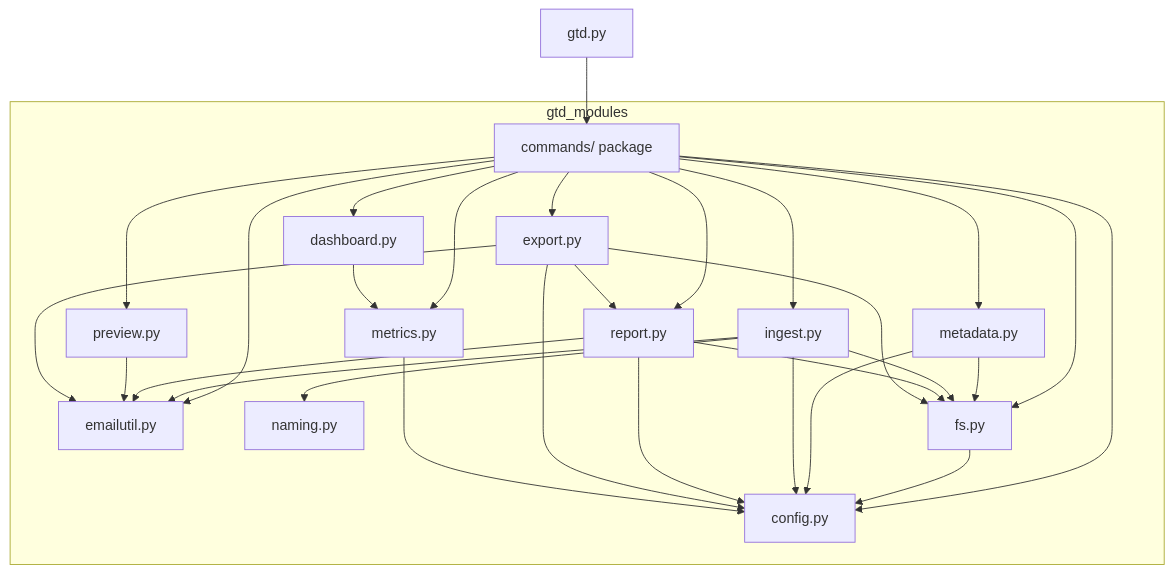
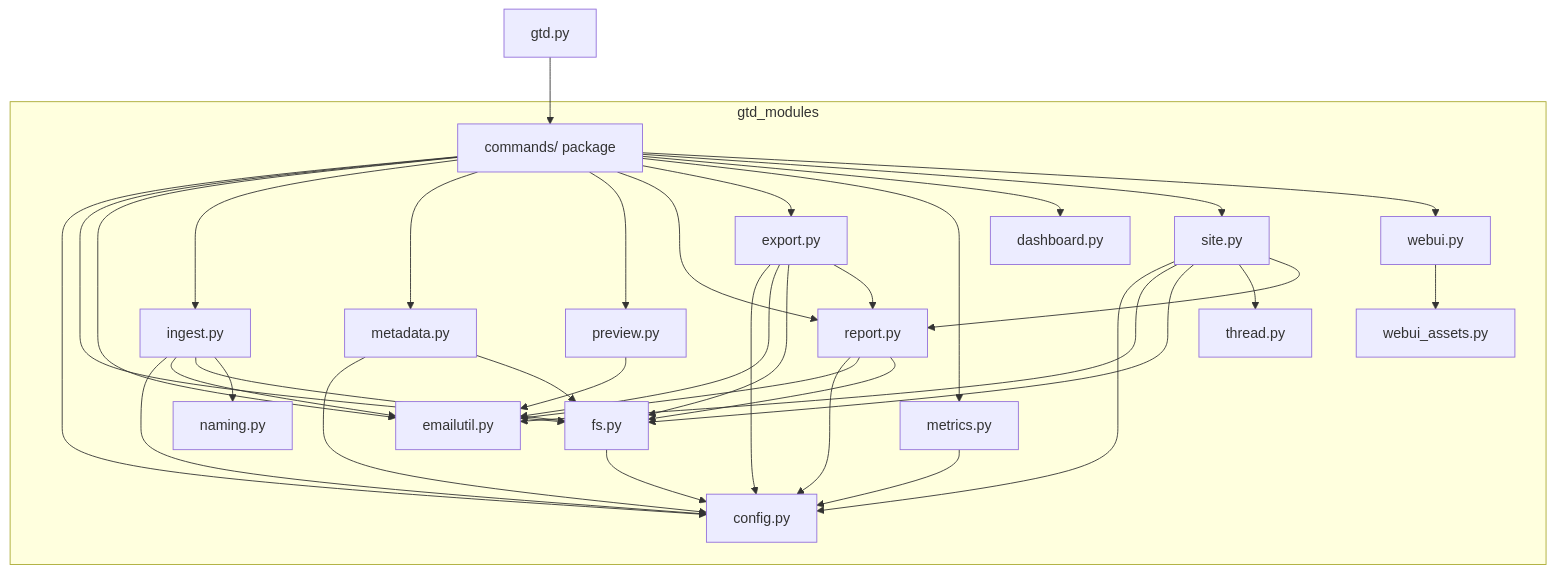
The diagram in commandline/MAINTENANCE.md (qdvc-apps/qdvc-gtd-eml), drawn with Mermaid before and after one commit. The commit also changed other lines of this file and 12 other files, not shown here.

First line of the commit message:
[AI-assisted] [feat] Generate a static report website instead of a single dashboard file

````diff
--- a/commandline/MAINTENANCE.md
+++ b/commandline/MAINTENANCE.md
@@ -129,57 +133,71 @@
 ```mermaid
 graph TD
     gtd[gtd.py]
 
     subgraph gtd_modules
         commands[commands/ package]
         config[config.py]
         emailutil[emailutil.py]
         naming[naming.py]
         fs[fs.py]
         metadata[metadata.py]
         ingest[ingest.py]
         report[report.py]
         export[export.py]
         metrics[metrics.py]
+        thread[thread.py]
         dashboard[dashboard.py]
+        site[site.py]
+        webui[webui.py]
+        webui_assets[webui_assets.py]
         preview[preview.py]
     end
 
     %% entry point dispatches into the command hub
     gtd --> commands
 
     %% command modules pull in the feature modules they need
     commands --> config
     commands --> fs
     commands --> emailutil
     commands --> ingest
     commands --> metadata
     commands --> preview
     commands --> report
     commands --> export
     commands --> metrics
     commands --> dashboard
+    commands --> site
+    commands --> webui
 
     %% internal package edges
     fs --> config
     metadata --> config
     metadata --> fs
     ingest --> config
     ingest --> emailutil
     ingest --> fs
     ingest --> naming
     report --> config
     report --> emailutil
     report --> fs
     preview --> emailutil
 
     export --> config
     export --> emailutil
     export --> fs
     export --> report
 
     metrics --> config
-    dashboard --> metrics
 
-    %% leaf modules (no internal imports): config, emailutil, naming
+    site --> config
+    site --> emailutil
+    site --> fs
+    site --> thread
+    site --> report
+
+    webui --> webui_assets
+
+    %% leaf modules (no internal imports): config, emailutil, naming, thread,
+    %% dashboard, webui_assets
 ```
````
